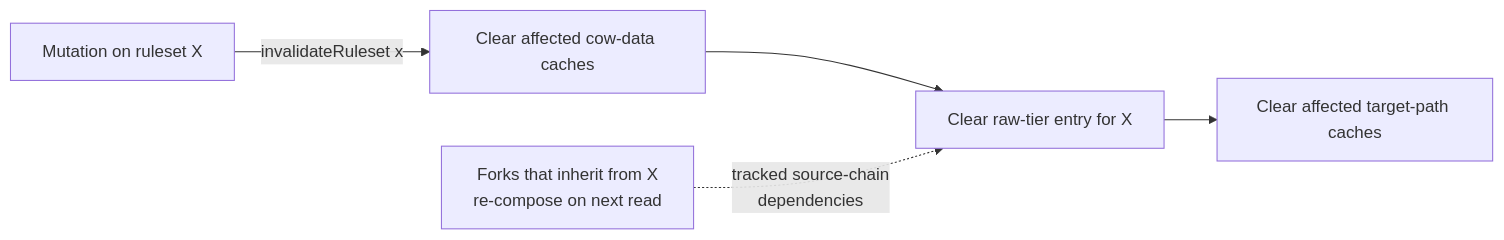
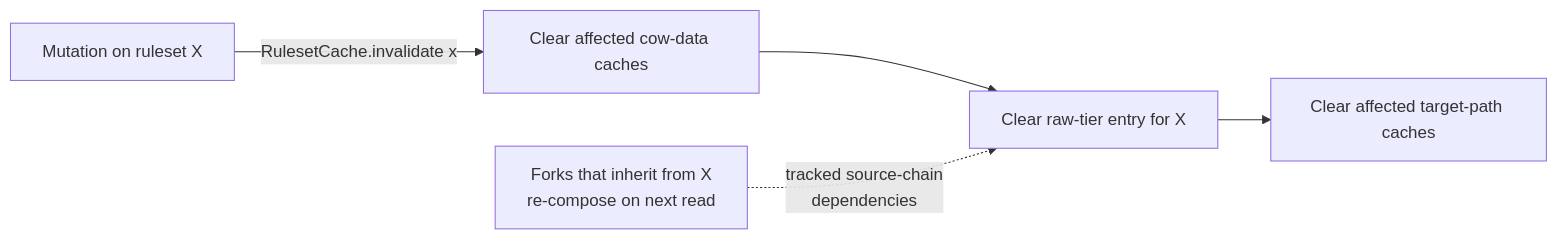
One commit to PhilippeChab/arkyvree changed the third of 7 diagrams in docs/caching.md. Above: the diagram before and after it, drawn with Mermaid. The commit also changed other lines of this file and 52 other files, not shown here.

First line of the commit message:
Make the ruleset cache one class, holding its caches with their reads and invalidation

````diff
--- a/docs/caching.md
+++ b/docs/caching.md
@@ -224,7 +224,7 @@
 ```mermaid
 flowchart LR
-    Mut[Mutation on ruleset X] -->|invalidateRuleset x| IR[Clear affected cow-data caches]
+    Mut[Mutation on ruleset X] -->|RulesetCache.invalidate x| IR[Clear affected cow-data caches]
     IR --> CR[Clear raw-tier entry for X]
     CR --> TP[Clear affected target-path caches]
     Note[Forks that inherit from X<br/>re-compose on next read] -.->|tracked source-chain<br/>dependencies| CR
 ```
````
